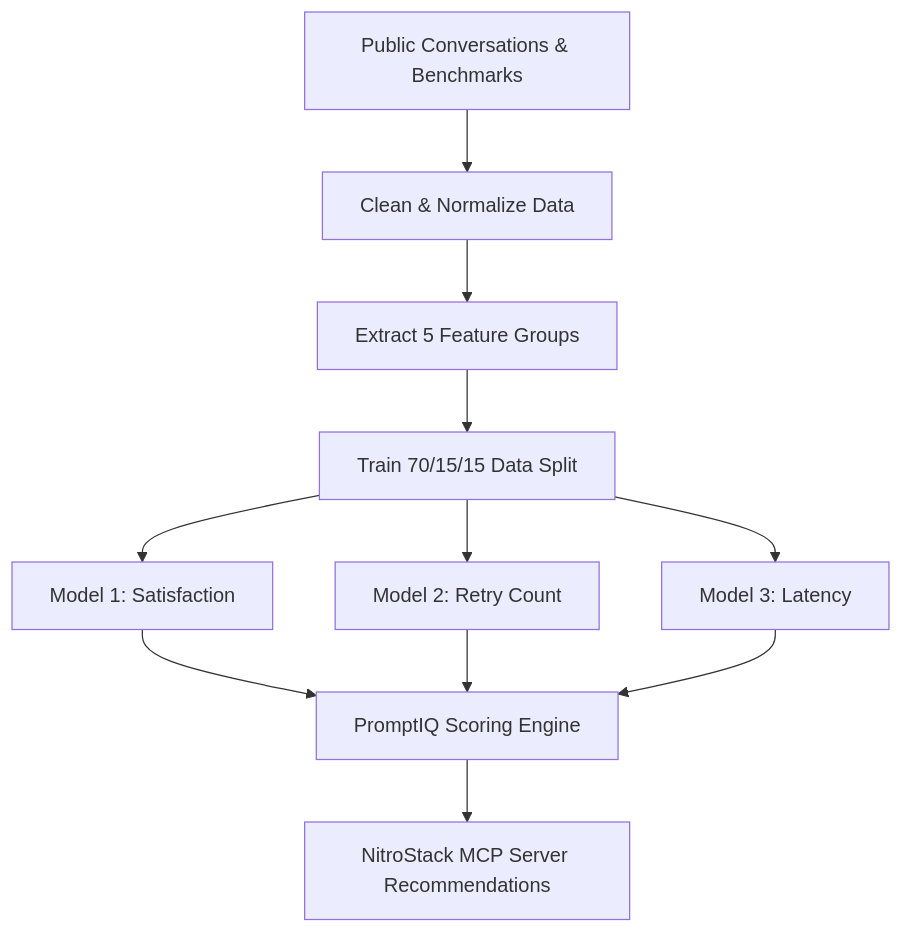
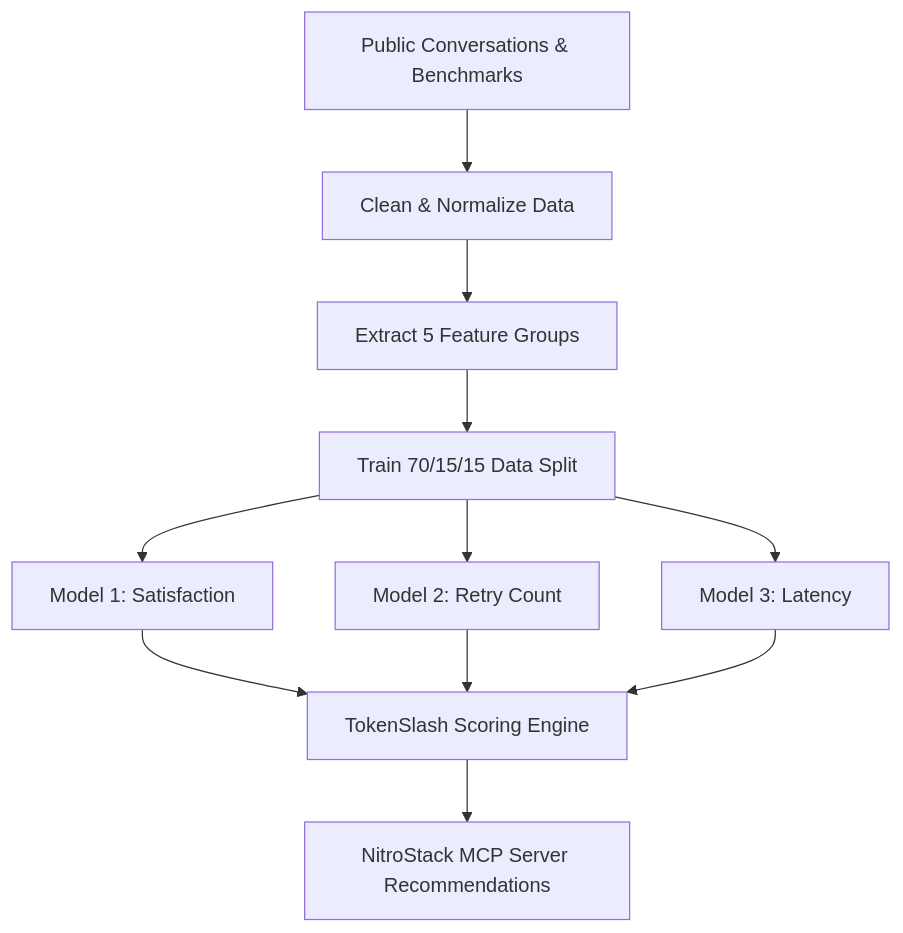
The diagram in packages/server/src/ml_pipeline/documentation/architecture_diagram.md (B-Sheikh/TokenSlash), drawn with Mermaid before and after one commit. The commit also changed other lines of this file and 39 other files, not shown here.

First line of the commit message:
feat: TokenSlash pipeline rework — API server, taxonomy upgrades, E2E wiring, PromptIQ→TokenSlash rebrand

````diff
--- a/packages/server/src/ml_pipeline/documentation/architecture_diagram.md
+++ b/packages/server/src/ml_pipeline/documentation/architecture_diagram.md
@@ -3,13 +3,13 @@
 ```mermaid
 graph TD
     A[Public Conversations & Benchmarks] --> B[Clean & Normalize Data]
     B --> C[Extract 5 Feature Groups]
     C --> D[Train 70/15/15 Data Split]
     D --> E1[Model 1: Satisfaction]
     D --> E2[Model 2: Retry Count]
     D --> E3[Model 3: Latency]
-    E1 --> F[PromptIQ Scoring Engine]
+    E1 --> F[TokenSlash Scoring Engine]
     E2 --> F
     E3 --> F
     F --> G[NitroStack MCP Server Recommendations]
 ```
````
